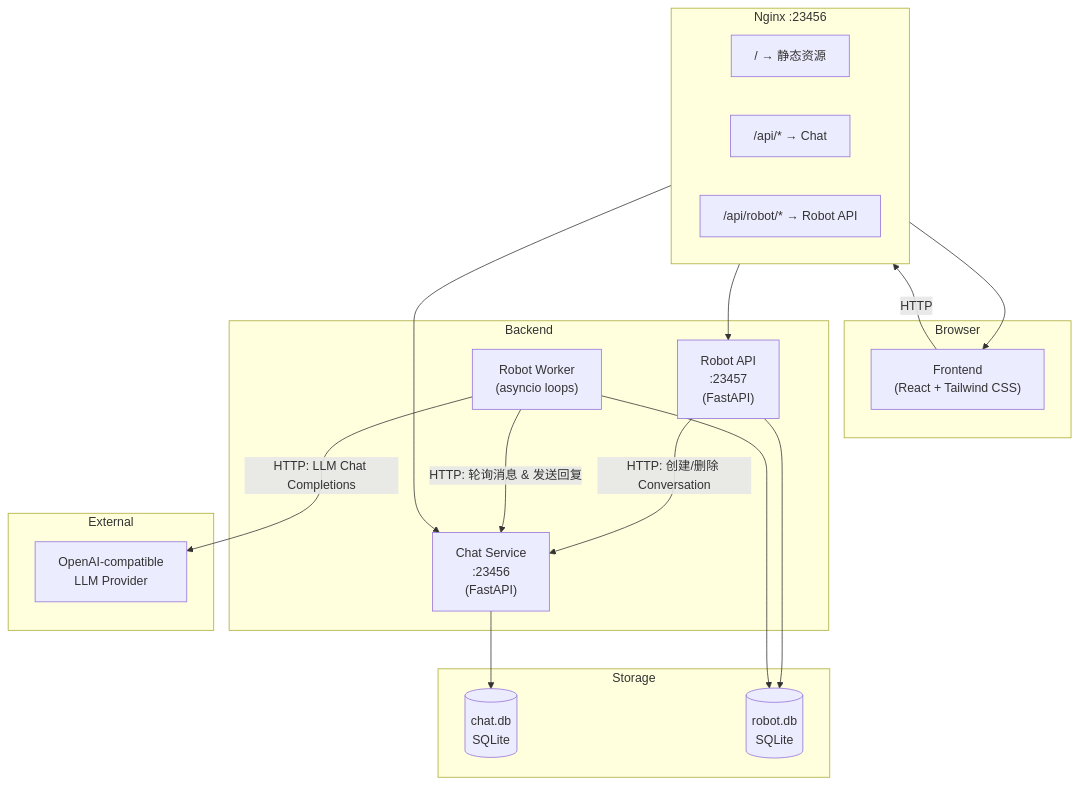
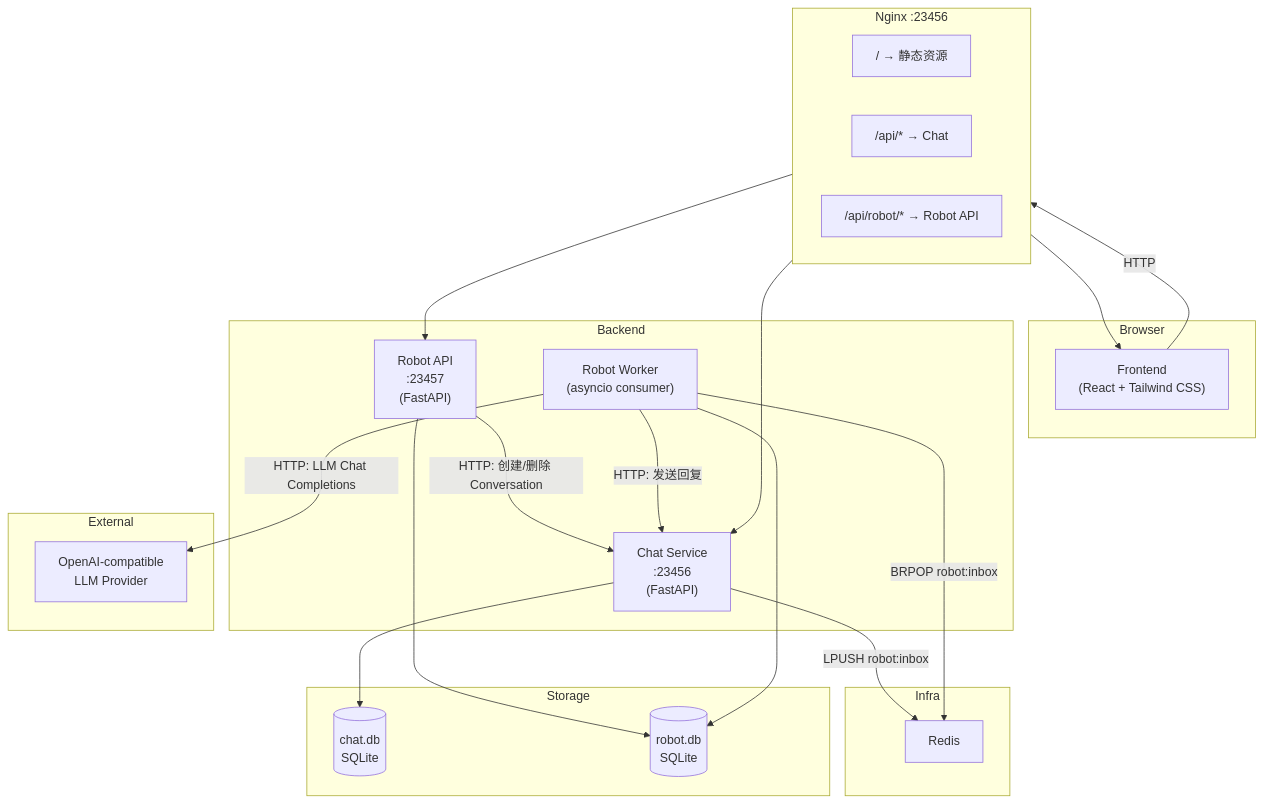
The first of 4 diagrams in README.md (luotw100/wangzonghao), drawn with Mermaid before and after one commit. The commit also changed other lines of this file and 16 other files, not shown here.

````diff
--- a/README.md
+++ b/README.md
@@ -9,41 +9,47 @@
 ```mermaid
 graph TB
     subgraph Browser
         FE["Frontend<br/>(React + Tailwind CSS)"]
     end
 
     subgraph Nginx["Nginx :23456"]
         direction LR
         NG_STATIC["/ → 静态资源"]
         NG_CHAT["/api/* → Chat"]
         NG_ROBOT["/api/robot/* → Robot API"]
     end
 
     subgraph Backend
         CHAT["Chat Service<br/>:23456<br/>(FastAPI)"]
         ROBOT_API["Robot API<br/>:23457<br/>(FastAPI)"]
-        ROBOT_WORKER["Robot Worker<br/>(asyncio loops)"]
+        ROBOT_WORKER["Robot Worker<br/>(asyncio consumer)"]
+    end
+
+    subgraph Infra
+        REDIS["Redis"]
     end
 
     subgraph Storage
         CHAT_DB[("chat.db<br/>SQLite")]
         ROBOT_DB[("robot.db<br/>SQLite")]
     end
 
     subgraph External
         LLM["OpenAI-compatible<br/>LLM Provider"]
     end
 
     FE -->|HTTP| Nginx
     NG_STATIC --> FE
     NG_CHAT --> CHAT
     NG_ROBOT --> ROBOT_API
 
     CHAT --> CHAT_DB
+    CHAT -->|"LPUSH robot:inbox"| REDIS
     ROBOT_API --> ROBOT_DB
     ROBOT_API -->|"HTTP: 创建/删除 Conversation"| CHAT
 
     ROBOT_WORKER --> ROBOT_DB
-    ROBOT_WORKER -->|"HTTP: 轮询消息 & 发送回复"| CHAT
+    ROBOT_WORKER -->|"BRPOP robot:inbox"| REDIS
+    ROBOT_WORKER -->|"HTTP: 发送回复"| CHAT
     ROBOT_WORKER -->|"HTTP: LLM Chat Completions"| LLM
 ```
````
